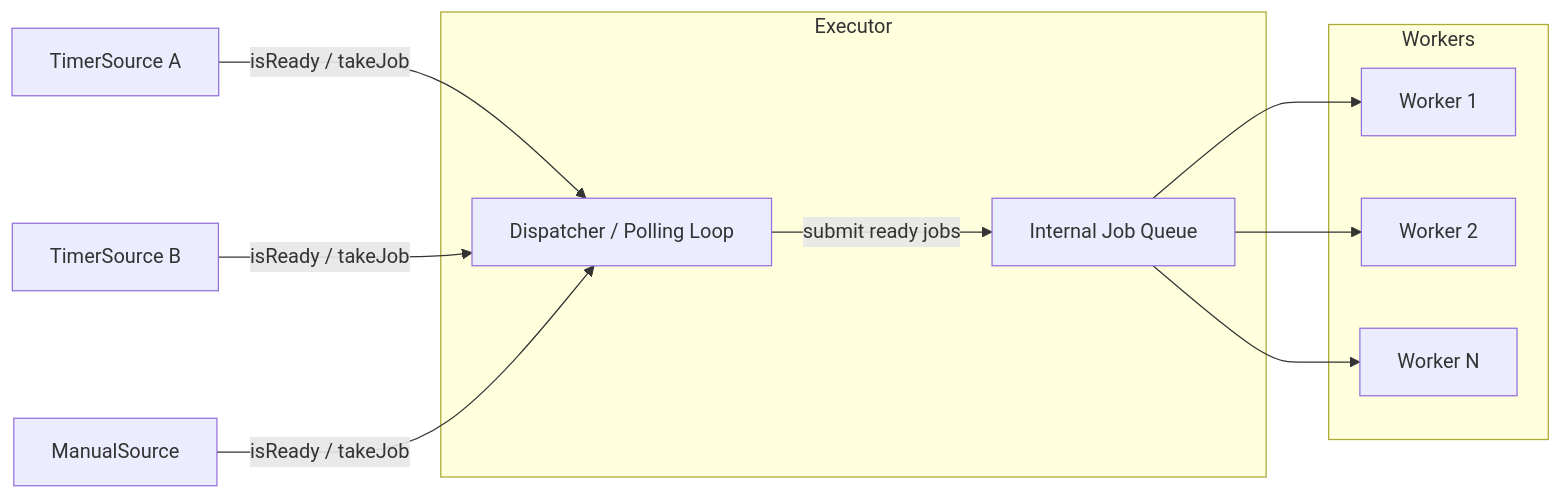
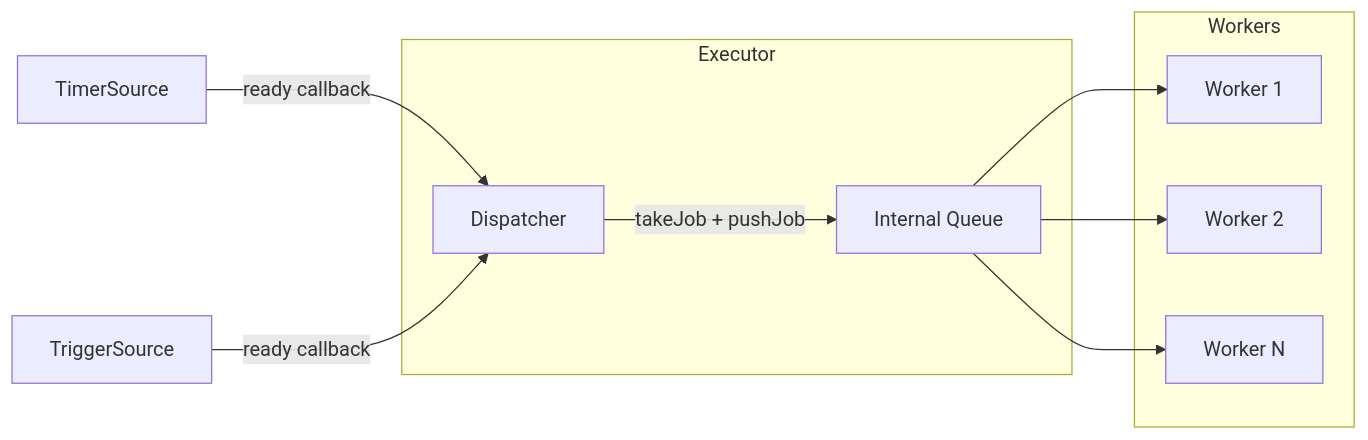
The first of 4 diagrams in README.md (yangda75/jobq), drawn with Mermaid before and after one commit. The commit also changed other lines of this file, not shown here.

````diff
--- a/README.md
+++ b/README.md
@@ -6,25 +6,23 @@
 ```mermaid
 flowchart LR
-    T1[TimerSource A]
-    T2[TimerSource B]
-    M1[ManualSource]
+    TS[TimerSource]
+    GS[TriggerSource]
 
     subgraph EX[Executor]
-        D[Dispatcher / Polling Loop]
-        IQ[Internal Job Queue]
+        D[Dispatcher]
+        IQ[Internal Queue]
     end
 
     subgraph WK[Workers]
         W1[Worker 1]
         W2[Worker 2]
         WN[Worker N]
     end
 
-    T1 -->|isReady / takeJob| D
-    T2 -->|isReady / takeJob| D
-    M1 -->|isReady / takeJob| D
-    D -->|submit ready jobs| IQ
+    TS -->|ready callback| D
+    GS -->|ready callback| D
+    D -->|takeJob + pushJob| IQ
     IQ --> W1
     IQ --> W2
     IQ --> WN
 ```
````
